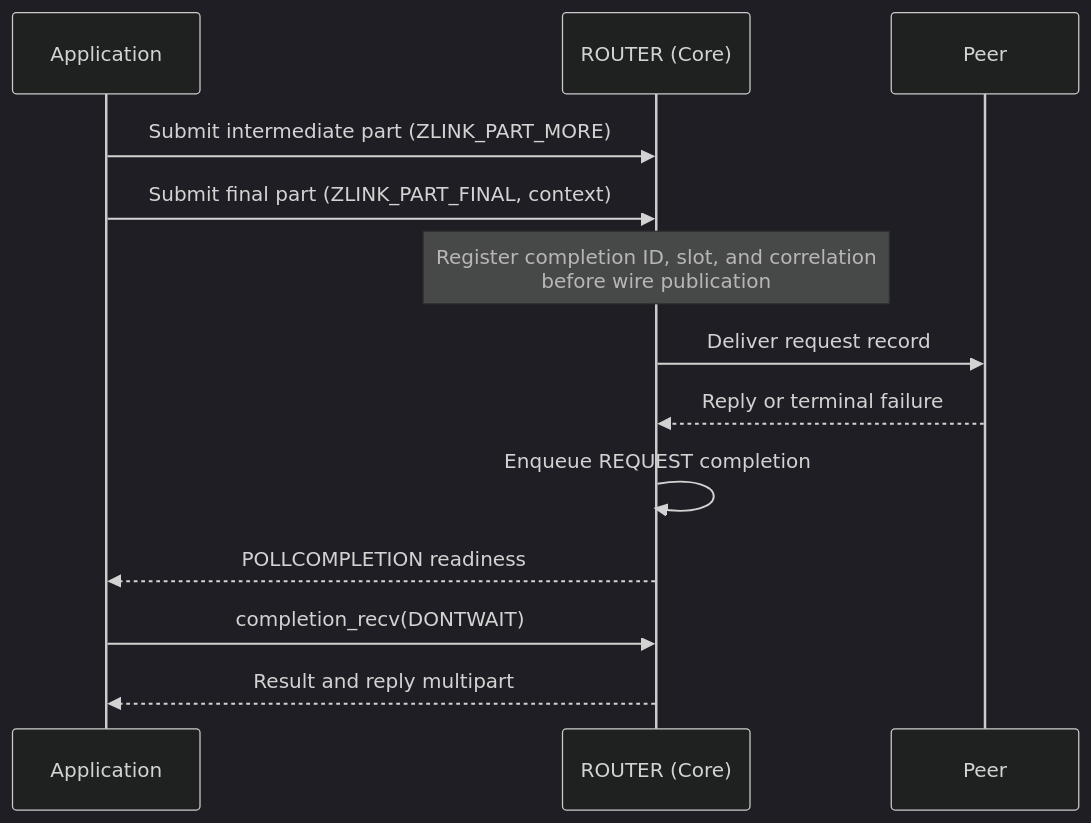
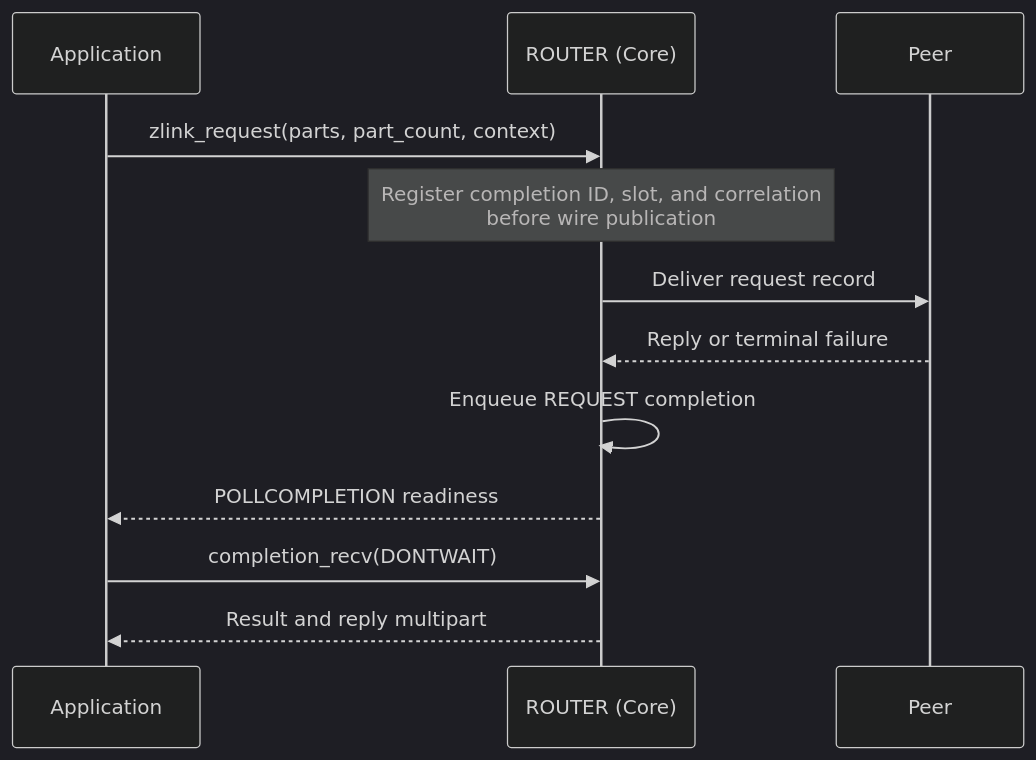
The diagram in core/doc/spec/core/socket/07-router.en.md (zlink-systems/zlink), drawn with Mermaid (dark theme) before and after one commit. The commit also changed other lines of this file and 34 other files, not shown here.

````diff
--- a/core/doc/spec/core/socket/07-router.en.md
+++ b/core/doc/spec/core/socket/07-router.en.md
@@ -257,15 +226,14 @@
 ```mermaid
 sequenceDiagram
     participant App as Application
     participant R as ROUTER (Core)
     participant P as Peer
-    App->>R: Submit intermediate part (ZLINK_PART_MORE)
-    App->>R: Submit final part (ZLINK_PART_FINAL, context)
+    App->>R: zlink_request(parts, part_count, context)
     Note over R: Register completion ID, slot, and correlation<br/>before wire publication
     R->>P: Deliver request record
     P-->>R: Reply or terminal failure
     R->>R: Enqueue REQUEST completion
     R-->>App: POLLCOMPLETION readiness
     App->>R: completion_recv(DONTWAIT)
     R-->>App: Result and reply multipart
 ```
````
